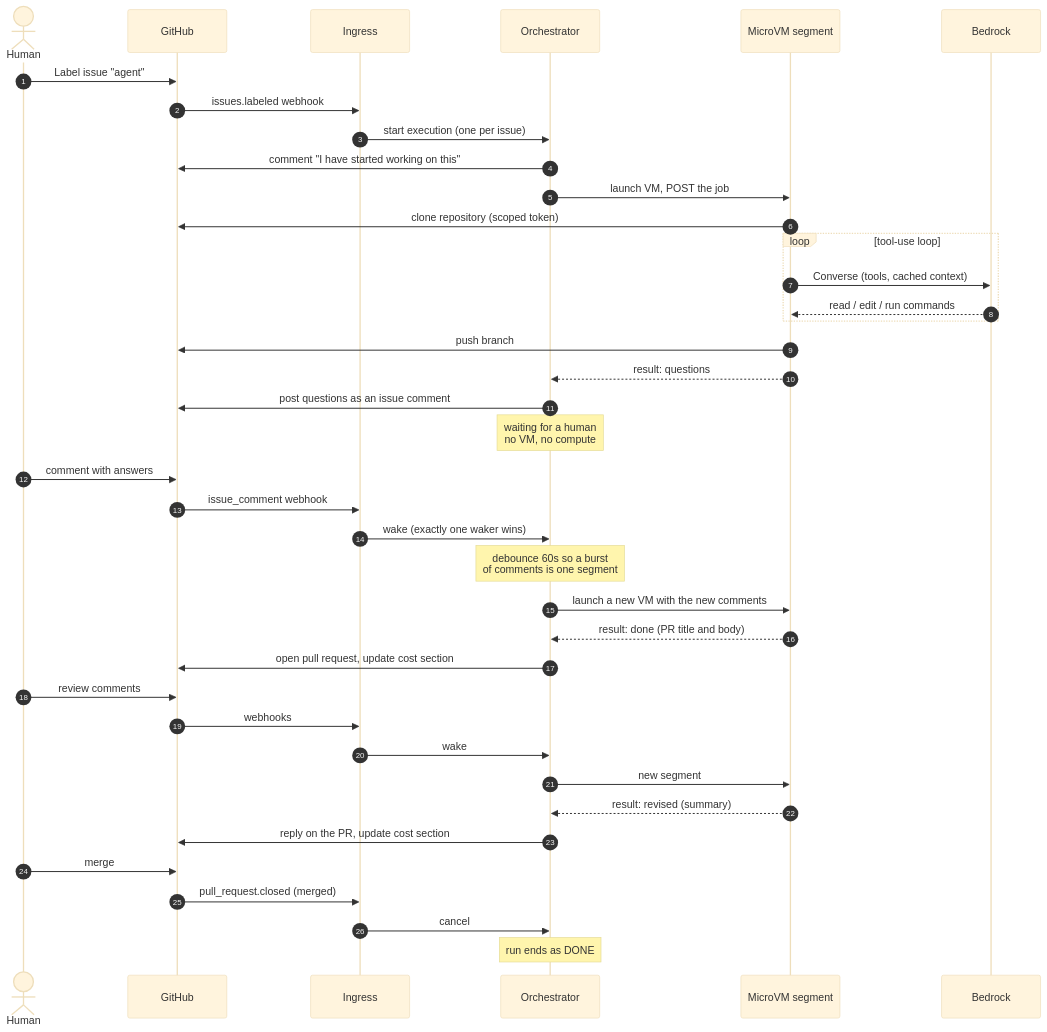
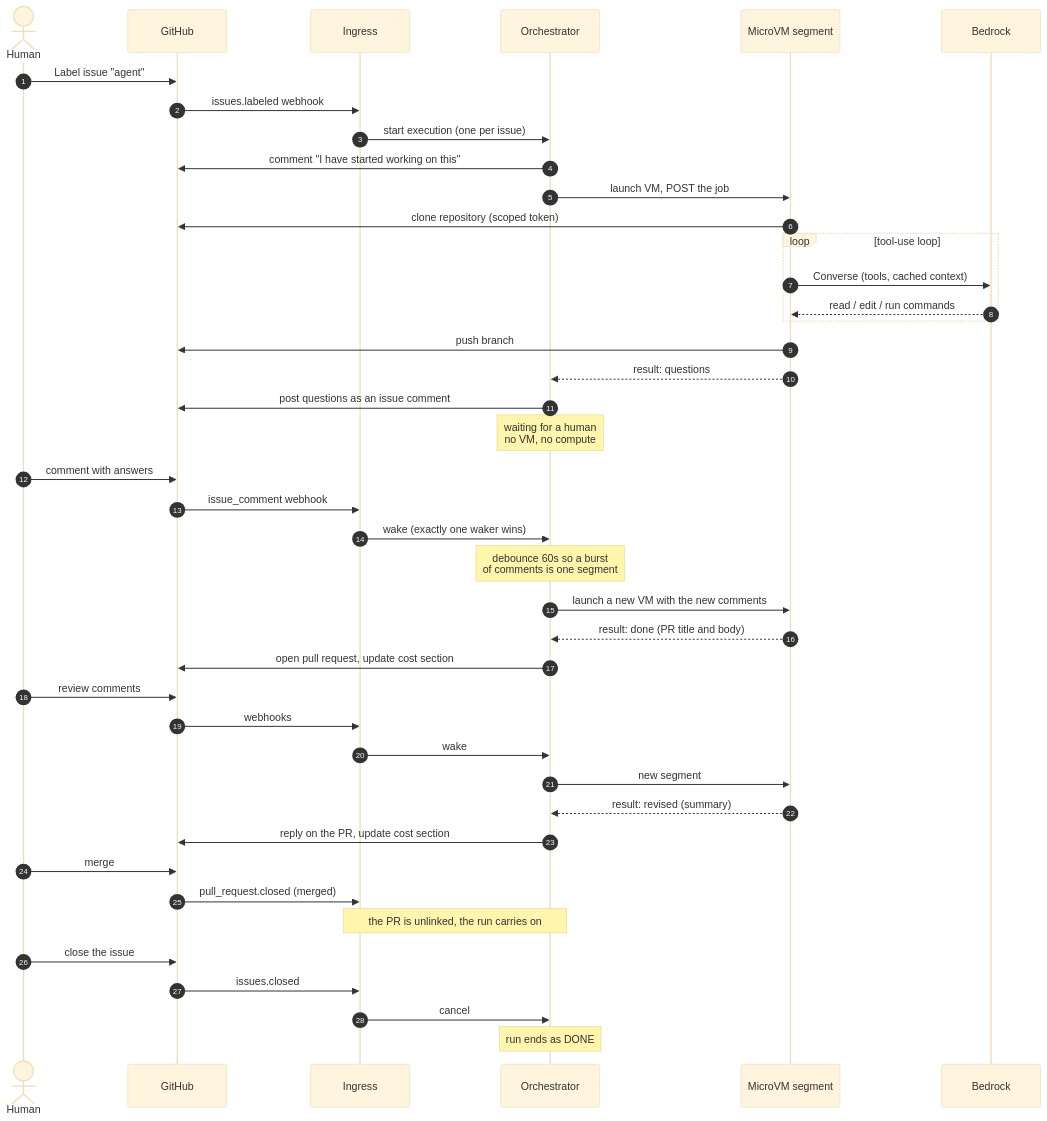
The second of 8 diagrams in README.md (mbonig/ai-developer-agent), drawn with Mermaid (base theme) before and after one commit. The commit also changed other lines of this file and 21 other files, not shown here.

First line of the commit message:
End a run when the issue closes, not when a PR merges (#13)

````diff
--- a/README.md
+++ b/README.md
@@ -87,42 +87,45 @@
 ```mermaid
 sequenceDiagram
     autonumber
     actor H as Human
     participant GH as GitHub
     participant IN as Ingress
     participant OR as Orchestrator
     participant VM as MicroVM segment
     participant BR as Bedrock
 
     H->>GH: Label issue "agent"
     GH->>IN: issues.labeled webhook
     IN->>OR: start execution (one per issue)
     OR->>GH: comment "I have started working on this"
     OR->>VM: launch VM, POST the job
     VM->>GH: clone repository (scoped token)
     loop tool-use loop
         VM->>BR: Converse (tools, cached context)
         BR-->>VM: read / edit / run commands
     end
     VM->>GH: push branch
     VM-->>OR: result: questions
     OR->>GH: post questions as an issue comment
     Note over OR: waiting for a human<br/>no VM, no compute
     H->>GH: comment with answers
     GH->>IN: issue_comment webhook
     IN->>OR: wake (exactly one waker wins)
     Note over OR: debounce 60s so a burst<br/>of comments is one segment
     OR->>VM: launch a new VM with the new comments
     VM-->>OR: result: done (PR title and body)
     OR->>GH: open pull request, update cost section
     H->>GH: review comments
     GH->>IN: webhooks
     IN->>OR: wake
     OR->>VM: new segment
     VM-->>OR: result: revised (summary)
     OR->>GH: reply on the PR, update cost section
     H->>GH: merge
     GH->>IN: pull_request.closed (merged)
+    Note over IN,OR: the PR is unlinked, the run carries on
+    H->>GH: close the issue
+    GH->>IN: issues.closed
     IN->>OR: cancel
     Note over OR: run ends as DONE
 ```
````
